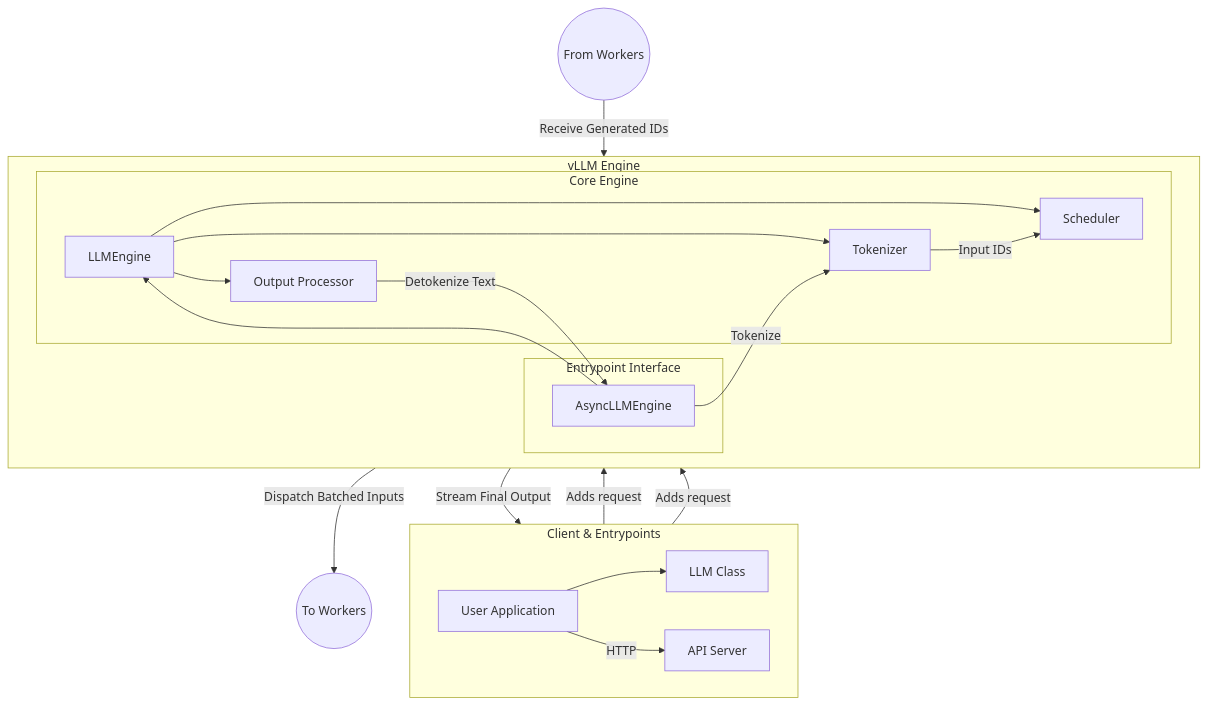
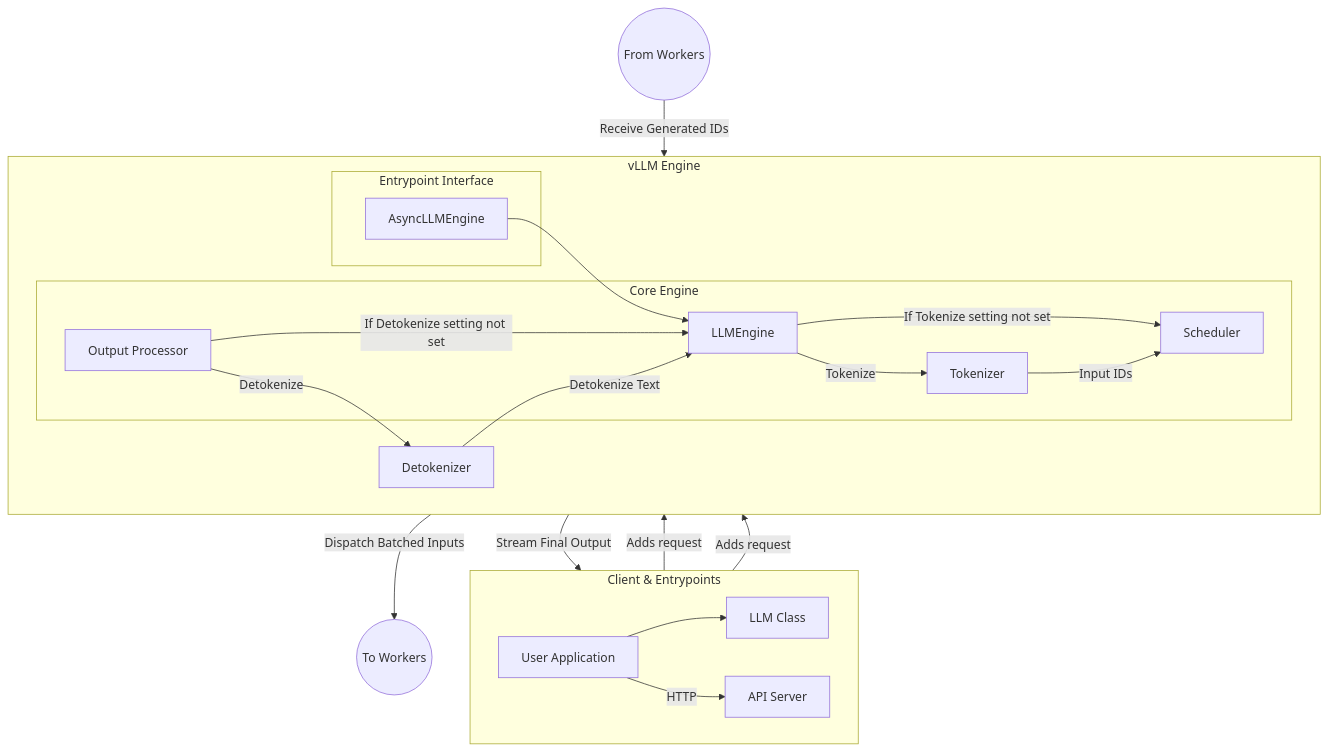
The first of 2 diagrams in ken/diagrams/vLLM_arch.md (tangkenyi2001/vllm), drawn with Mermaid before and after one commit. The commit also changed other lines of this file, not shown here.

Commit message:
fix: refined docs

````diff
--- a/ken/diagrams/vLLM_arch.md
+++ b/ken/diagrams/vLLM_arch.md
@@ -10,42 +9,45 @@
 ```mermaid
 graph TD
     subgraph "Client & Entrypoints"
         direction LR
         ClientApp[User Application] --> LLM_Class[LLM Class]
         ClientApp -- "HTTP" --> API_Server[API Server]
     end
 
     subgraph "vLLM Engine"
         direction LR
         subgraph "Entrypoint Interface"
             AsyncEngine[AsyncLLMEngine]
         end
         
         subgraph "Core Engine"
             Engine[LLMEngine]
             Tokenizer[Tokenizer]
             Scheduler[Scheduler]
             OutputProcessor[Output Processor]
         end
 
         AsyncEngine --> Engine
-        Engine --> Tokenizer
-        Engine --> Scheduler
-        Engine --> OutputProcessor
+        OutputProcessor -- "Detokenize" --> Detokenizer
+        OutputProcessor -- "If Detokenize setting not set" 
+        --> Engine
+        Detokenizer -- "Detokenize Text" --> Engine
+        Engine -- "Tokenize" --> Tokenizer
+        Engine -- "If Tokenize setting not set" --> Scheduler
     end
 
     %% Define Flow
     LLM_Class -- "Adds request" --> AsyncEngine
     API_Server -- "Adds request" --> AsyncEngine
     
-    AsyncEngine -- "Tokenize" --> Tokenizer
+    
     Tokenizer -- "Input IDs" --> Scheduler
     
     Scheduler -- "Dispatch Batched Inputs" --> ToWorkers((To Workers))
     
     FromWorkers((From Workers)) -- "Receive Generated IDs" --> OutputProcessor
-    OutputProcessor -- "Detokenize Text" --> AsyncEngine
+    
     
     AsyncEngine -- "Stream Final Output" --> ClientApp
 
 ```
````
